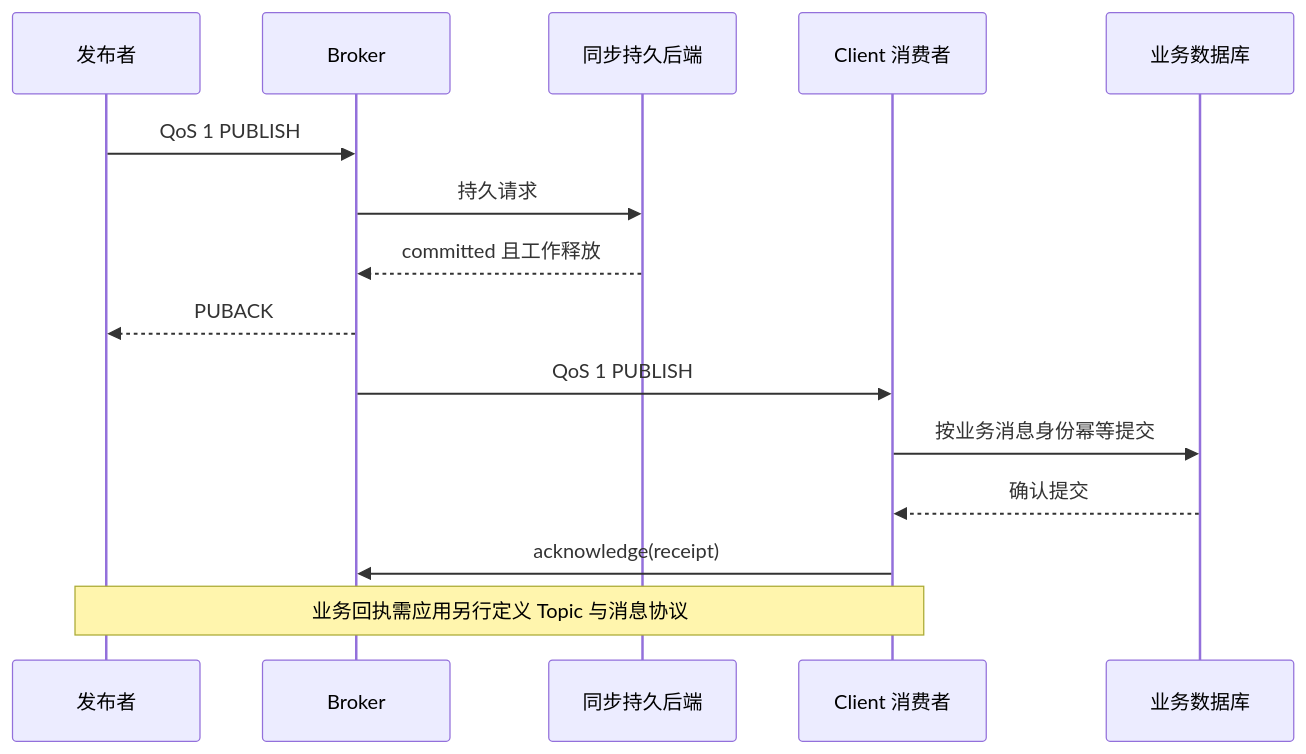
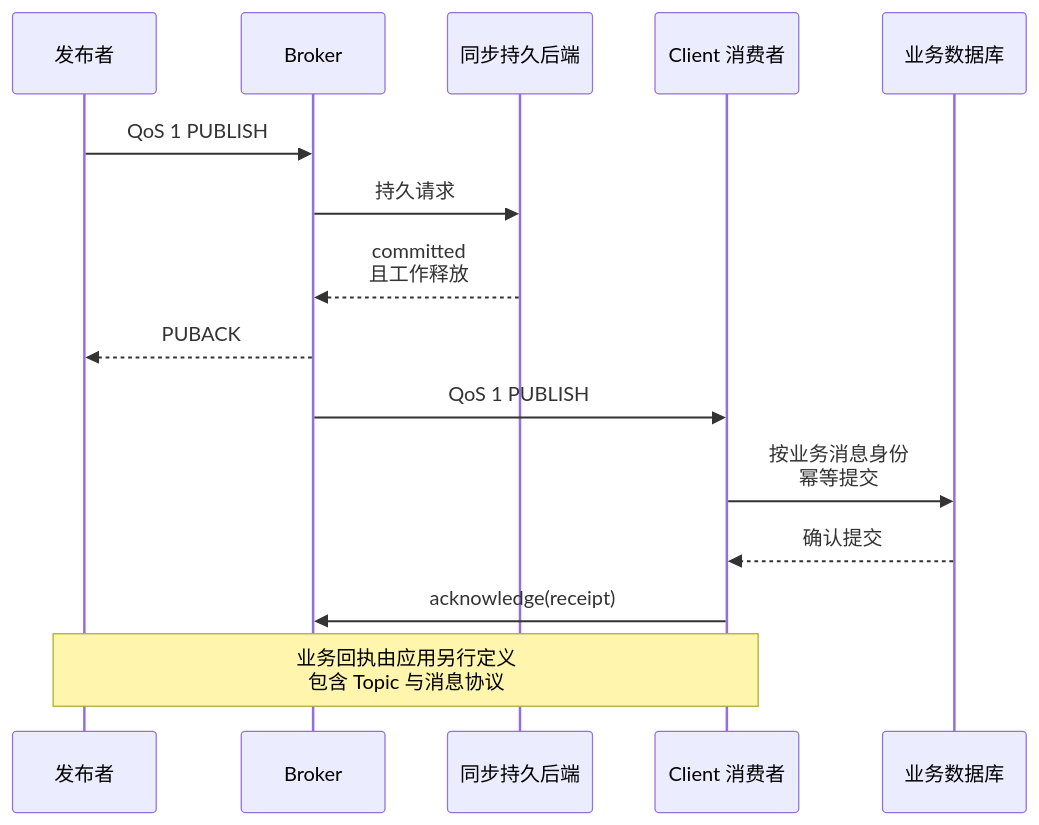
One commit to zoujingli/typeapp changed the second of 2 diagrams in docs/guide/plugins/type-mqtt.md. Above: the diagram before and after it, drawn with Mermaid. The commit also changed other lines of this file and 31 other files, not shown here.

Commit message:
docs(release): 细化版本安装与组件图示并记录候选验收边界

````diff
--- a/docs/guide/plugins/type-mqtt.md
+++ b/docs/guide/plugins/type-mqtt.md
@@ -169,17 +169,22 @@
 ```mermaid
+---
+config:
+  sequence:
+    width: 115
+---
 sequenceDiagram
   participant Device as 发布者
   participant Broker as Broker
   participant Store as 同步持久后端
   participant Client as Client 消费者
   participant Business as 业务数据库
   Device->>Broker: QoS 1 PUBLISH
   Broker->>Store: 持久请求
-  Store-->>Broker: committed 且工作释放
+  Store-->>Broker: committed<br/>且工作释放
   Broker-->>Device: PUBACK
   Broker->>Client: QoS 1 PUBLISH
-  Client->>Business: 按业务消息身份幂等提交
+  Client->>Business: 按业务消息身份<br/>幂等提交
   Business-->>Client: 确认提交
   Client->>Broker: acknowledge(receipt)
-  Note over Client,Device: 业务回执需应用另行定义 Topic 与消息协议
+  Note over Client,Device: 业务回执由应用另行定义<br/>包含 Topic 与消息协议
 ```
````
